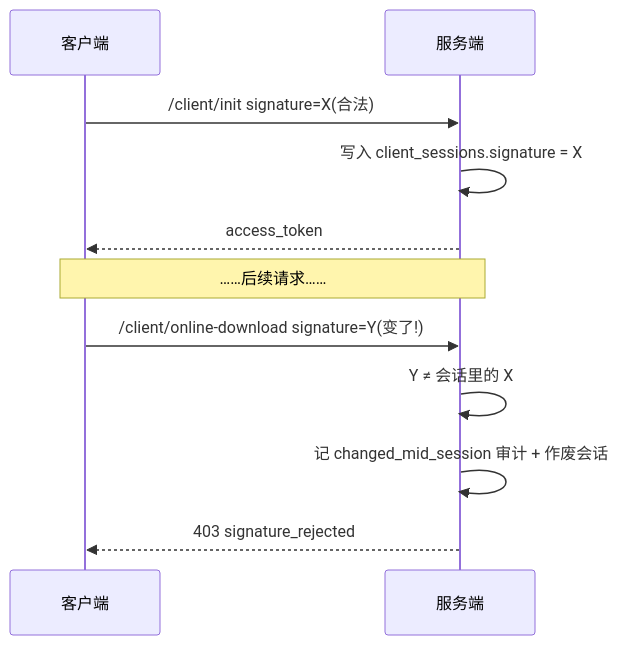
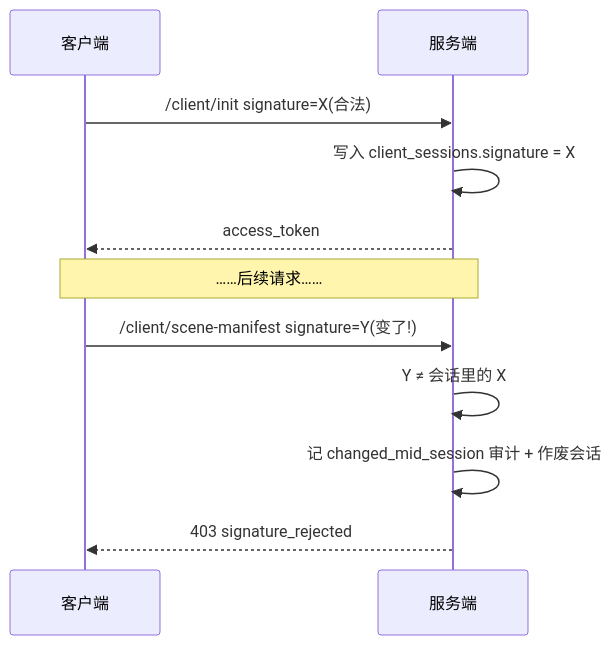
Before and after one commit to MagirecoCN-Revival-Project/magireco-cnv-server: the third of 3 diagrams in docs/security/anti-tamper.md, drawn with Mermaid. The commit also changed other lines of this file and 32 other files, not shown here.

````diff
--- a/docs/security/anti-tamper.md
+++ b/docs/security/anti-tamper.md
@@ -81,13 +81,13 @@
 ```mermaid
 sequenceDiagram
     participant C as 客户端
     participant S as 服务端
     C->>S: /client/init signature=X(合法)
     S->>S: 写入 client_sessions.signature = X
     S-->>C: access_token
     Note over C,S: ……后续请求……
-    C->>S: /client/online-download signature=Y(变了!)
+    C->>S: /client/scene-manifest signature=Y(变了!)
     S->>S: Y ≠ 会话里的 X
     S->>S: 记 changed_mid_session 审计 + 作废会话
     S-->>C: 403 signature_rejected
 ```
````
